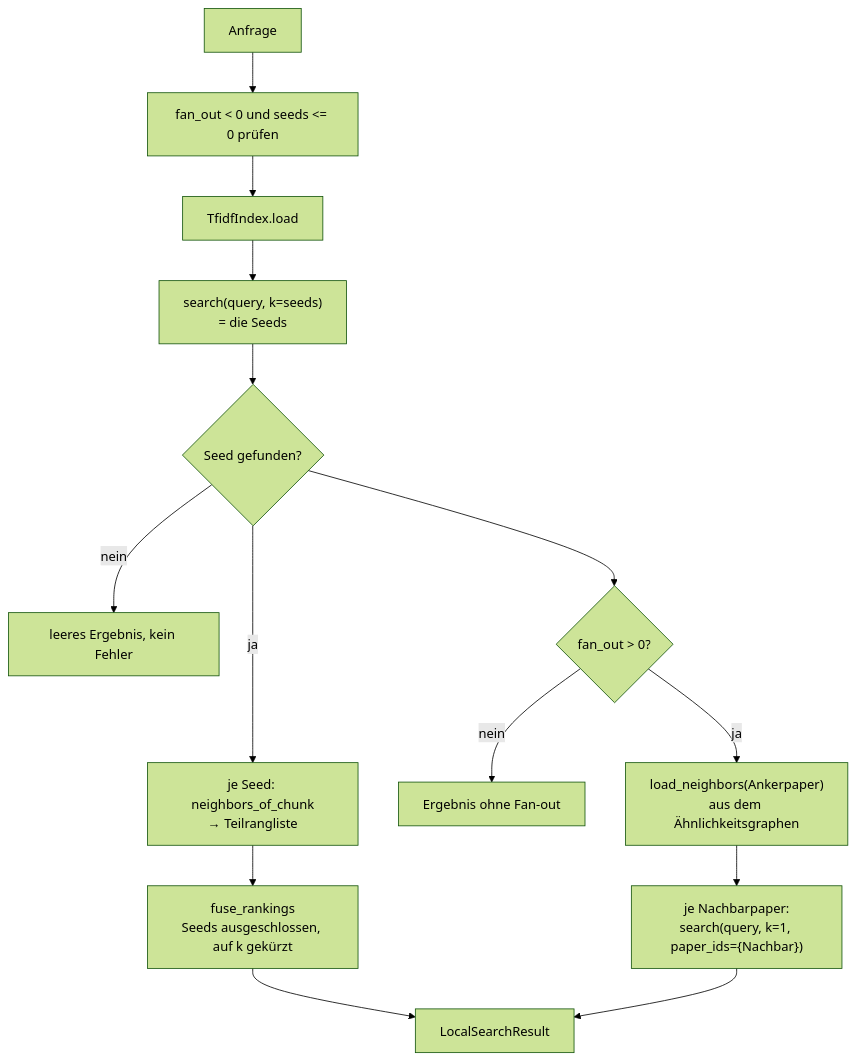
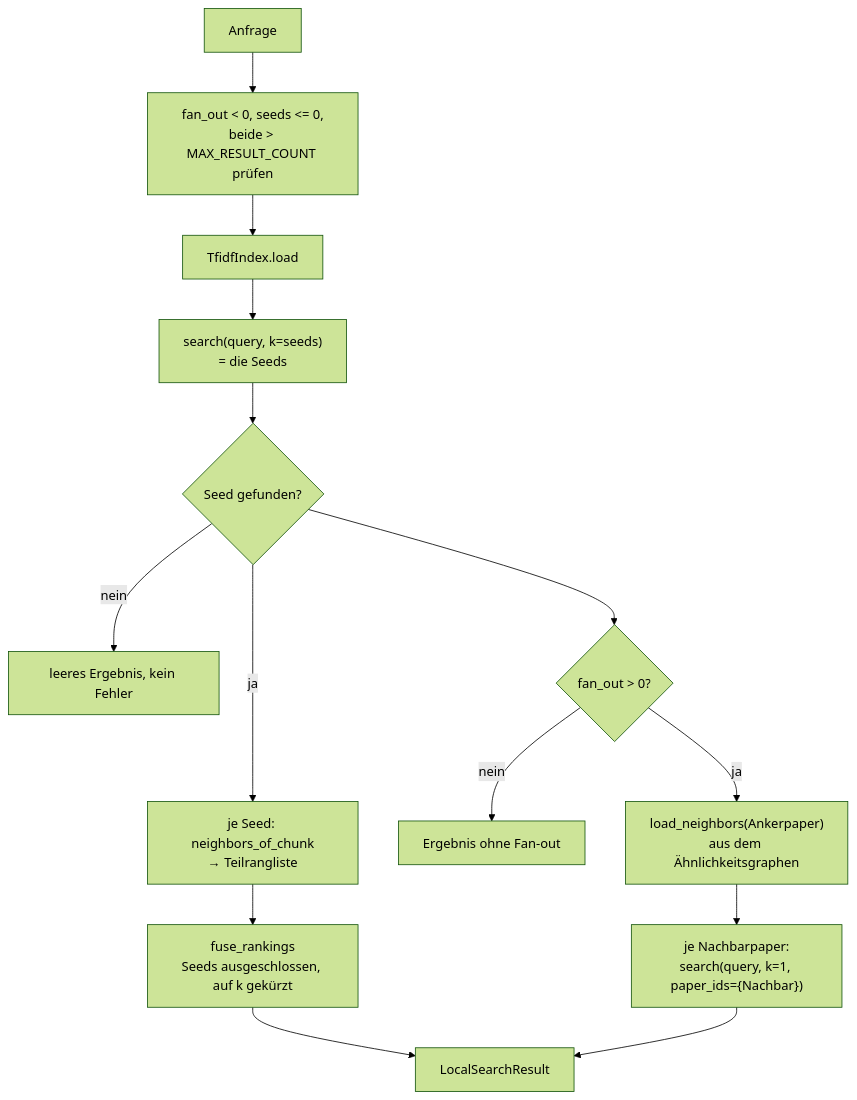
Before and after one commit to MomoEngineer/research-graphrag: the first of 2 diagrams in src/research_graphrag/retrieval/doc/local.md, drawn with Mermaid (forest theme). The commit also changed other lines of this file and 34 other files, not shown here.

````diff
--- a/src/research_graphrag/retrieval/doc/local.md
+++ b/src/research_graphrag/retrieval/doc/local.md
@@ -32,16 +32,16 @@
 ```mermaid
 flowchart TD
-    Q["Anfrage"] --> V["fan_out < 0 und seeds <= 0 prüfen"]
+    Q["Anfrage"] --> V["fan_out < 0, seeds <= 0,<br/>beide > MAX_RESULT_COUNT prüfen"]
     V --> L["TfidfIndex.load"]
     L --> S["search(query, k=seeds)<br/>= die Seeds"]
     S --> E{"Seed gefunden?"}
     E -- nein --> EMPTY["leeres Ergebnis, kein Fehler"]
     E -- ja --> N["je Seed: neighbors_of_chunk<br/>→ Teilrangliste"]
     N --> RRF["fuse_rankings<br/>Seeds ausgeschlossen, auf k gekürzt"]
     E --> F{"fan_out > 0?"}
     F -- nein --> R["Ergebnis ohne Fan-out"]
     F -- ja --> G["load_neighbors(Ankerpaper)<br/>aus dem Ähnlichkeitsgraphen"]
     G --> H["je Nachbarpaper:<br/>search(query, k=1, paper_ids={Nachbar})"]
     RRF --> R2["LocalSearchResult"]
     H --> R2
 ```
````
